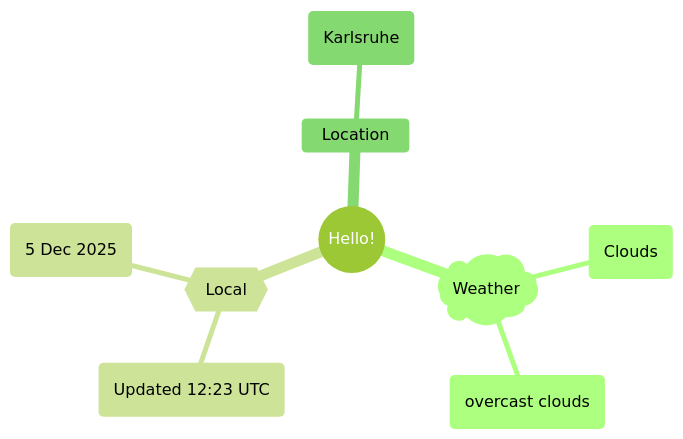
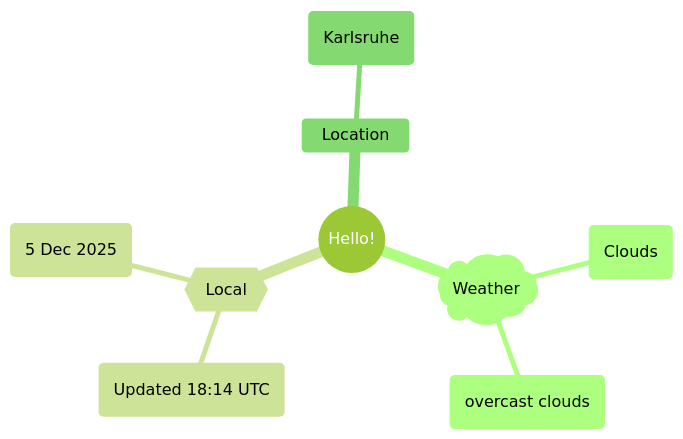
One commit to Xosrov/Xosrov changed the first of 2 diagrams in README.md. Above: the diagram before and after it, drawn with Mermaid (forest theme).

Commit message:
[bot] updated images

````diff
--- a/README.md
+++ b/README.md
@@ -3,12 +3,12 @@
 ```mermaid
 mindmap
   root((Hello!))
     )Weather(
         (Clouds)
         (overcast clouds)
     {{Local}}
-        (Updated 12:23 UTC)
+        (Updated 18:14 UTC)
         (5 Dec 2025)
     Location
         (Karlsruhe)
 ```
````
